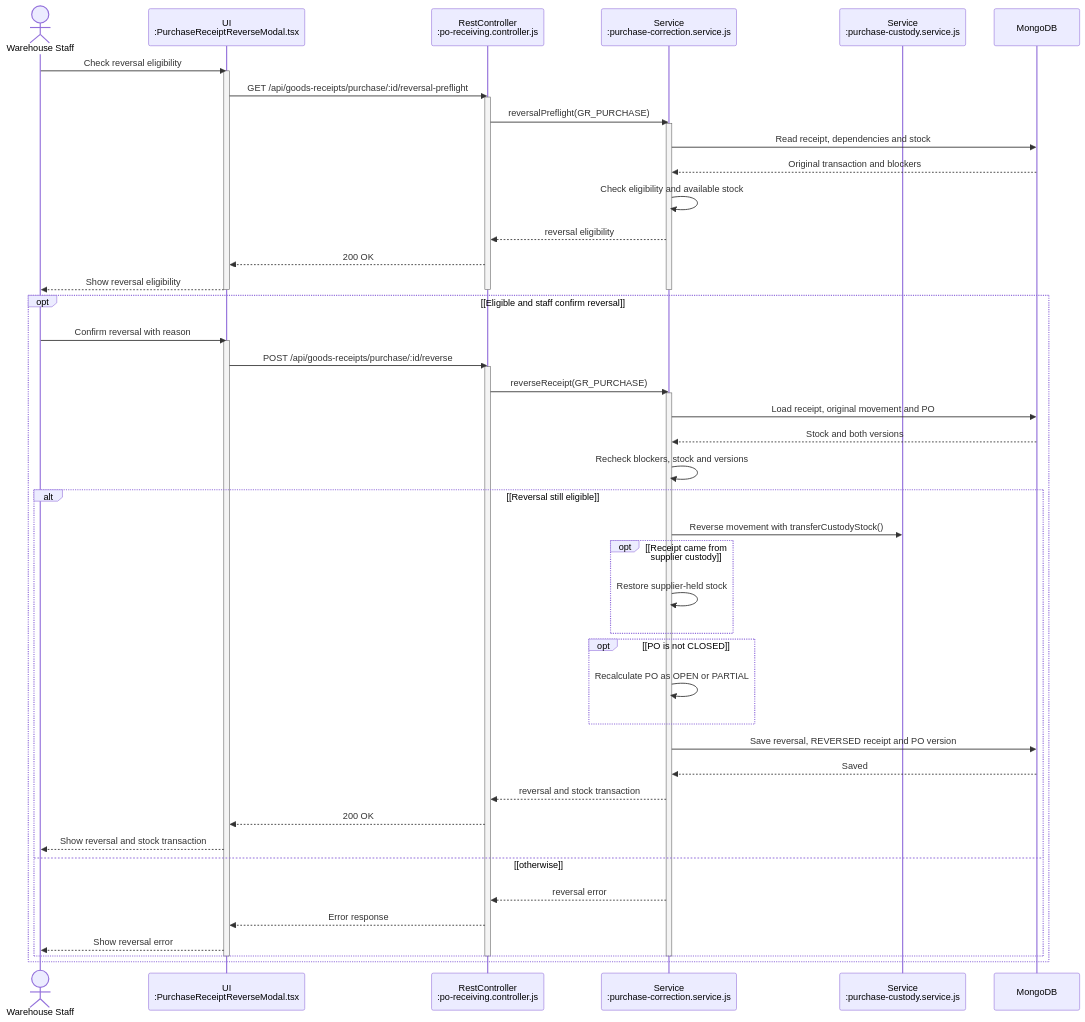
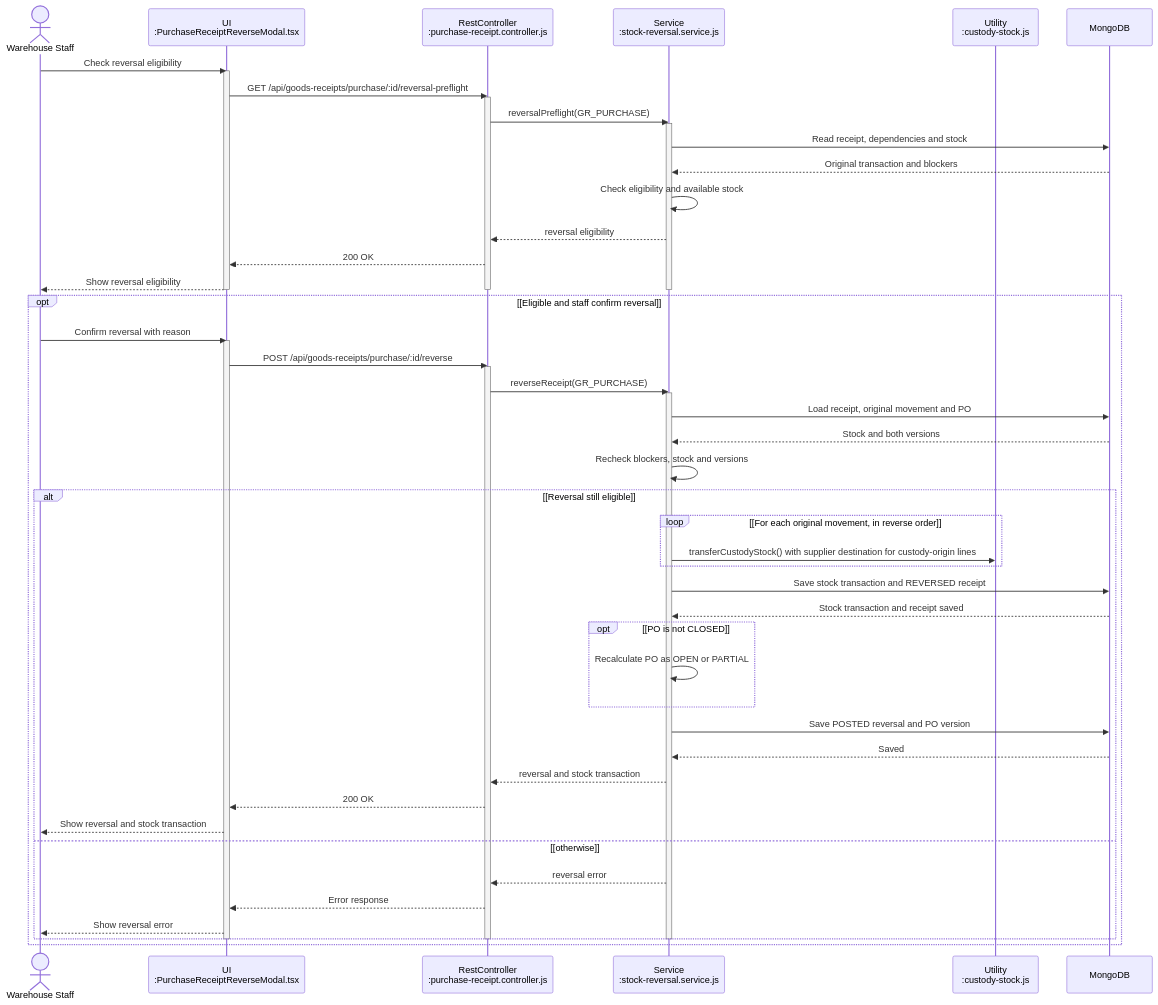
One commit to bupbalabup/wmsd_be changed diagram 25 of 46 in git_doc/docs/01_bao_cao/WMSD_Report4_Draft.md. Above: the diagram before and after it, drawn with Mermaid. The commit also changed other lines of this file and 29 other files, not shown here.

````diff
--- a/git_doc/docs/01_bao_cao/WMSD_Report4_Draft.md
+++ b/git_doc/docs/01_bao_cao/WMSD_Report4_Draft.md
@@ -1750,56 +1772,57 @@
 ```mermaid
 sequenceDiagram
   actor X as Warehouse Staff
   participant U as UI<br/>:PurchaseReceiptReverseModal.tsx
-  participant A as RestController<br/>:po-receiving.controller.js
-  participant S as Service<br/>:purchase-correction.service.js
-  participant T as Service<br/>:purchase-custody.service.js
+  participant A as RestController<br/>:purchase-receipt.controller.js
+  participant S as Service<br/>:stock-reversal.service.js
+  participant T as Utility<br/>:custody-stock.js
   participant D as MongoDB
   X->>U: Check reversal eligibility
   activate U
   U->>A: GET /api/goods-receipts/purchase/:id/reversal-preflight
   activate A
   A->>S: reversalPreflight(GR_PURCHASE)
   activate S
   S->>D: Read receipt, dependencies and stock
   D-->>S: Original transaction and blockers
   S->>S: Check eligibility and available stock
   S-->>A: reversal eligibility
   A-->>U: 200 OK
   U-->>X: Show reversal eligibility
   deactivate S
   deactivate A
   deactivate U
   opt [Eligible and staff confirm reversal]
     X->>U: Confirm reversal with reason
     activate U
     U->>A: POST /api/goods-receipts/purchase/:id/reverse
     activate A
     A->>S: reverseReceipt(GR_PURCHASE)
     activate S
     S->>D: Load receipt, original movement and PO
     D-->>S: Stock and both versions
     S->>S: Recheck blockers, stock and versions
     alt [Reversal still eligible]
-      S->>T: Reverse movement with transferCustodyStock()
-      opt [Receipt came from supplier custody]
-        S->>S: Restore supplier-held stock
+      loop [For each original movement, in reverse order]
+        S->>T: transferCustodyStock() with supplier destination for custody-origin lines
       end
+      S->>D: Save stock transaction and REVERSED receipt
+      D-->>S: Stock transaction and receipt saved
       opt [PO is not CLOSED]
         S->>S: Recalculate PO as OPEN or PARTIAL
       end
-      S->>D: Save reversal, REVERSED receipt and PO version
+      S->>D: Save POSTED reversal and PO version
       D-->>S: Saved
       S-->>A: reversal and stock transaction
       A-->>U: 200 OK
       U-->>X: Show reversal and stock transaction
     else [otherwise]
       S-->>A: reversal error
       A-->>U: Error response
       U-->>X: Show reversal error
     end
     deactivate S
     deactivate A
     deactivate U
   end
 ```
````
